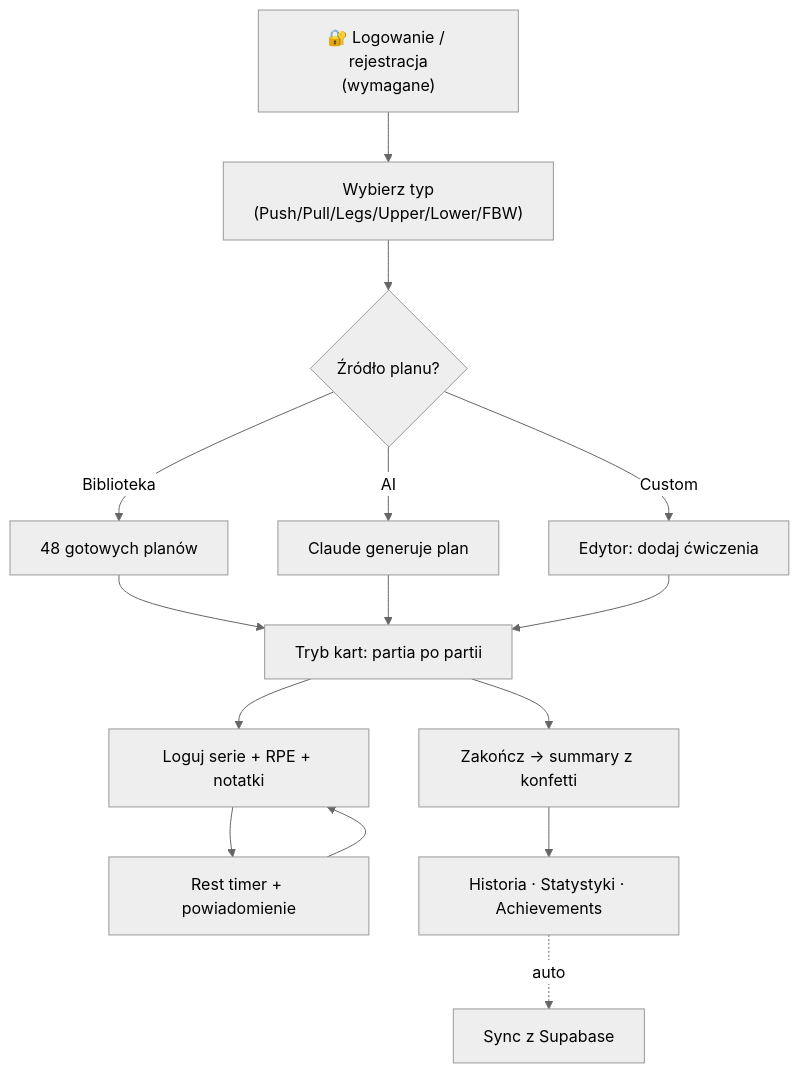
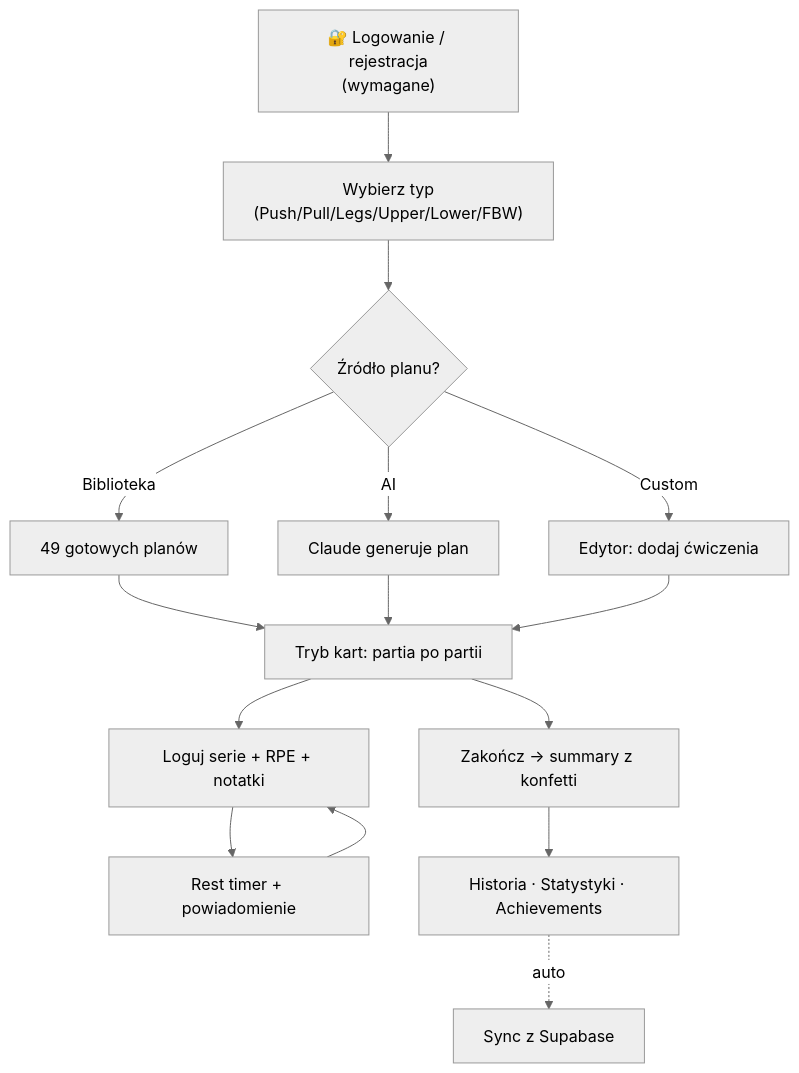
Before and after one commit to LukaszBonio/trening: the second of 2 diagrams in README.md, drawn with Mermaid (neutral theme). The commit also changed other lines of this file and 4 other files, not shown here.

````diff
--- a/README.md
+++ b/README.md
@@ -265,17 +275,17 @@
 ```mermaid
 flowchart TD
     L["🔐 Logowanie / rejestracja<br/>(wymagane)"] --> A
     A["Wybierz typ<br/>(Push/Pull/Legs/Upper/Lower/FBW)"] --> B{"Źródło planu?"}
-    B -->|Biblioteka| C1["48 gotowych planów"]
+    B -->|Biblioteka| C1["49 gotowych planów"]
     B -->|AI| C2["Claude generuje plan"]
     B -->|Custom| C3["Edytor: dodaj ćwiczenia"]
     C1 --> D["Tryb kart: partia po partii"]
     C2 --> D
     C3 --> D
     D --> E["Loguj serie + RPE + notatki"]
     E --> F["Rest timer + powiadomienie"]
     F --> E
     D --> G["Zakończ → summary z konfetti"]
     G --> H["Historia · Statystyki · Achievements"]
     H -.->|auto| I["Sync z Supabase"]
 ```
````
